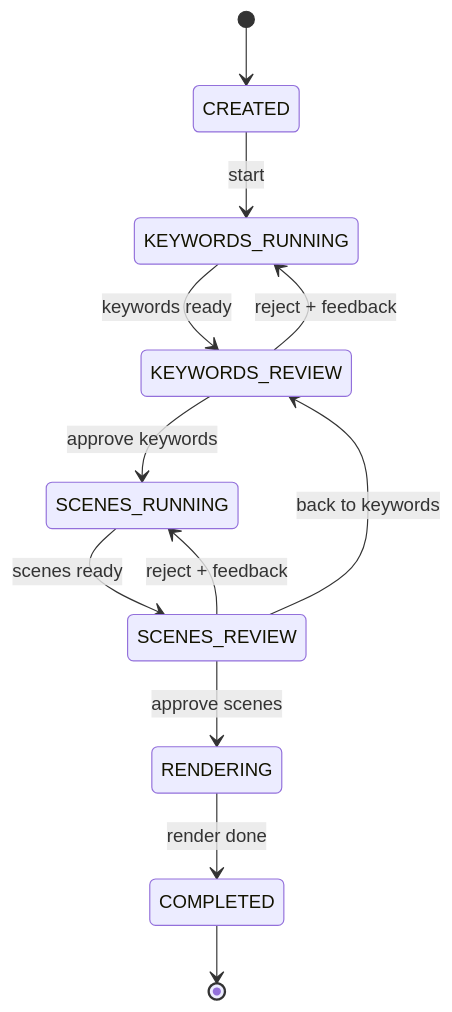
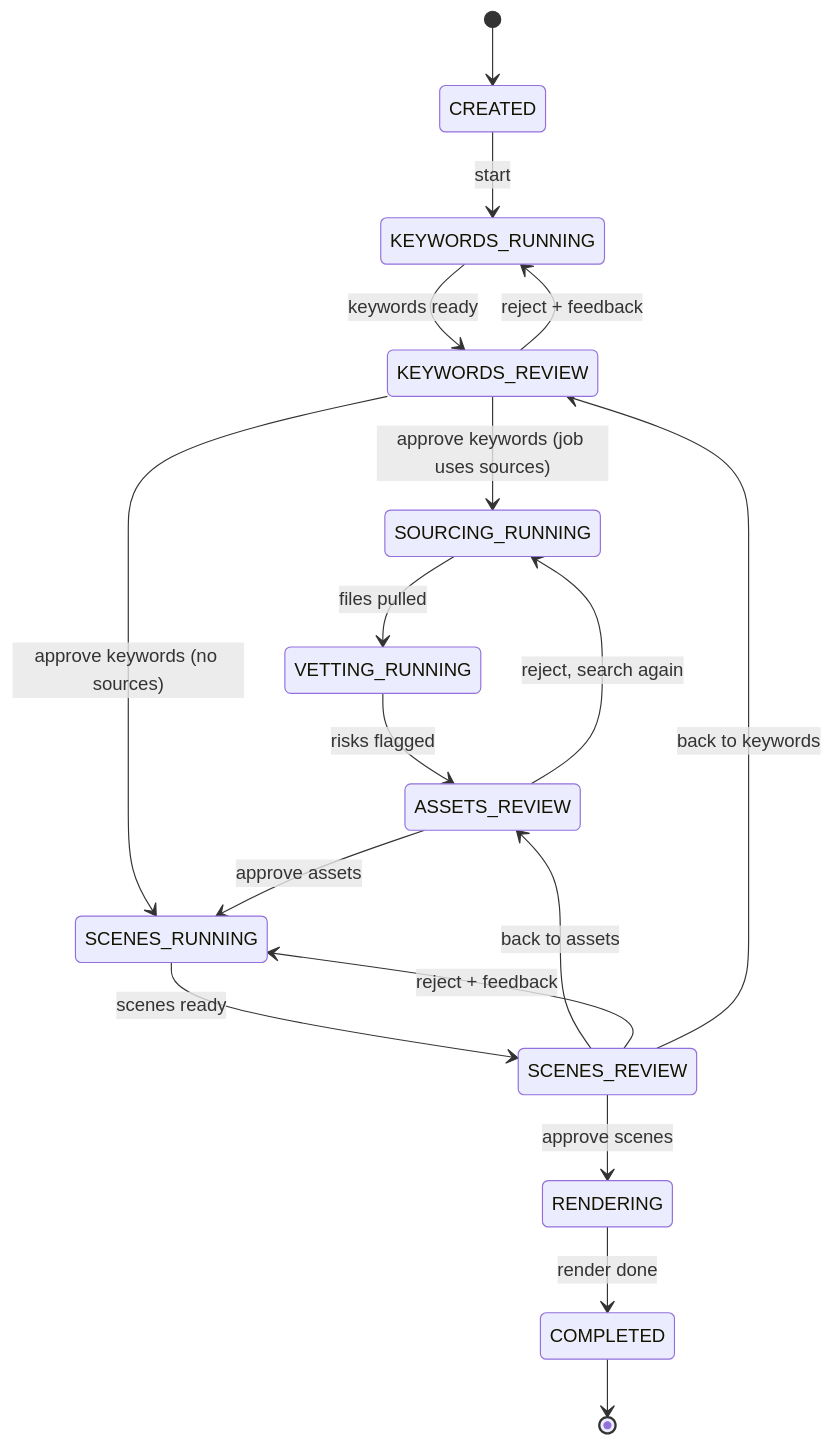
Before and after one commit to alyssagan/hitl-shorts-pipeline: the diagram in README.md, drawn with Mermaid. The commit also changed other lines of this file and 33 other files, not shown here.

Commit message:
Add sources, vetting, asset review, decision log

````diff
--- a/README.md
+++ b/README.md
@@ -30,14 +36,20 @@
 ```mermaid
 stateDiagram-v2
     [*] --> CREATED
     CREATED --> KEYWORDS_RUNNING: start
     KEYWORDS_RUNNING --> KEYWORDS_REVIEW: keywords ready
-    KEYWORDS_REVIEW --> SCENES_RUNNING: approve keywords
+    KEYWORDS_REVIEW --> SOURCING_RUNNING: approve keywords (job uses sources)
+    KEYWORDS_REVIEW --> SCENES_RUNNING: approve keywords (no sources)
     KEYWORDS_REVIEW --> KEYWORDS_RUNNING: reject + feedback
+    SOURCING_RUNNING --> VETTING_RUNNING: files pulled
+    VETTING_RUNNING --> ASSETS_REVIEW: risks flagged
+    ASSETS_REVIEW --> SCENES_RUNNING: approve assets
+    ASSETS_REVIEW --> SOURCING_RUNNING: reject, search again
+    SCENES_REVIEW --> ASSETS_REVIEW: back to assets
     SCENES_RUNNING --> SCENES_REVIEW: scenes ready
     SCENES_REVIEW --> RENDERING: approve scenes
     SCENES_REVIEW --> SCENES_RUNNING: reject + feedback
     SCENES_REVIEW --> KEYWORDS_REVIEW: back to keywords
     RENDERING --> COMPLETED: render done
     COMPLETED --> [*]
 ```
````
